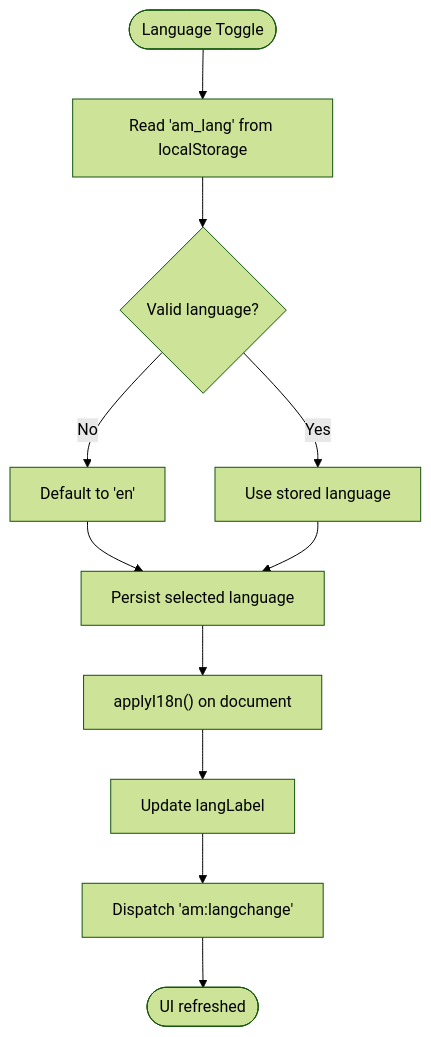
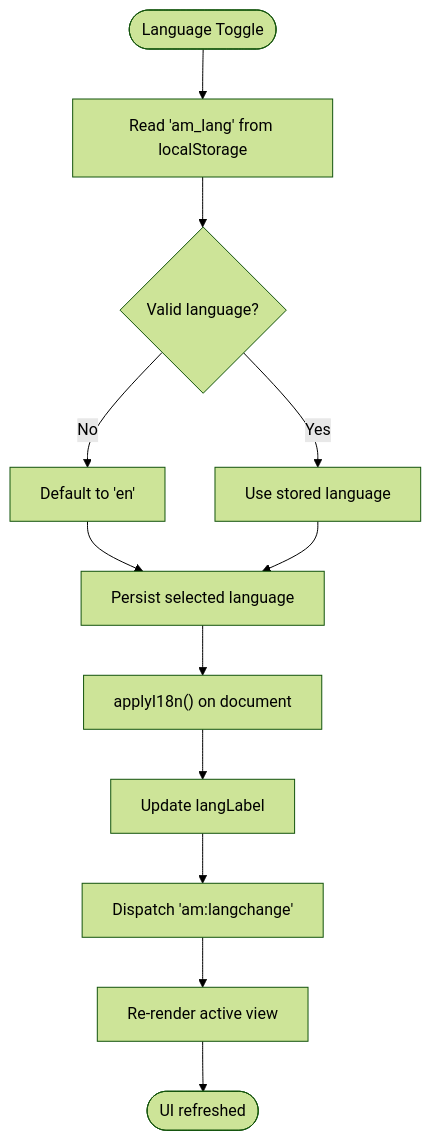
Before and after one commit to OryxAvelis/updated_market: the third of 5 diagrams in .qoder/repowiki/en/content/Internationalization System.md, drawn with Mermaid (forest theme). The commit also changed other lines of this file and 4 other files, not shown here.

````diff
--- a/.qoder/repowiki/en/content/Internationalization System.md
+++ b/.qoder/repowiki/en/content/Internationalization System.md
@@ -133,13 +204,14 @@
 ```mermaid
 flowchart TD
 Start(["Language Toggle"]) --> Read["Read 'am_lang' from localStorage"]
 Read --> Valid{"Valid language?"}
 Valid -- No --> Default["Default to 'en'"]
 Valid -- Yes --> Use["Use stored language"]
 Default --> Persist["Persist selected language"]
 Use --> Persist
 Persist --> Apply["applyI18n() on document"]
 Apply --> UpdateLabel["Update langLabel"]
 UpdateLabel --> Event["Dispatch 'am:langchange'"]
-Event --> End(["UI refreshed"])
+Event --> Views["Re-render active view"]
+Views --> End(["UI refreshed"])
 ```
````
